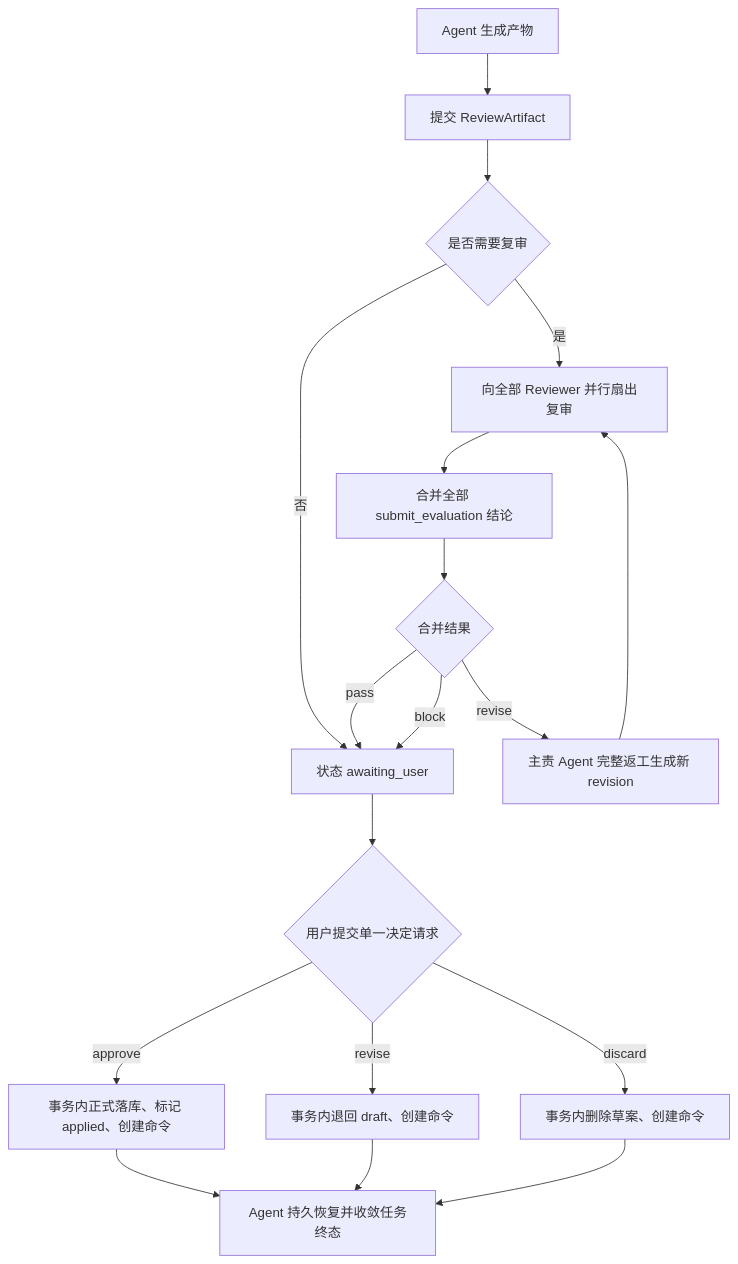
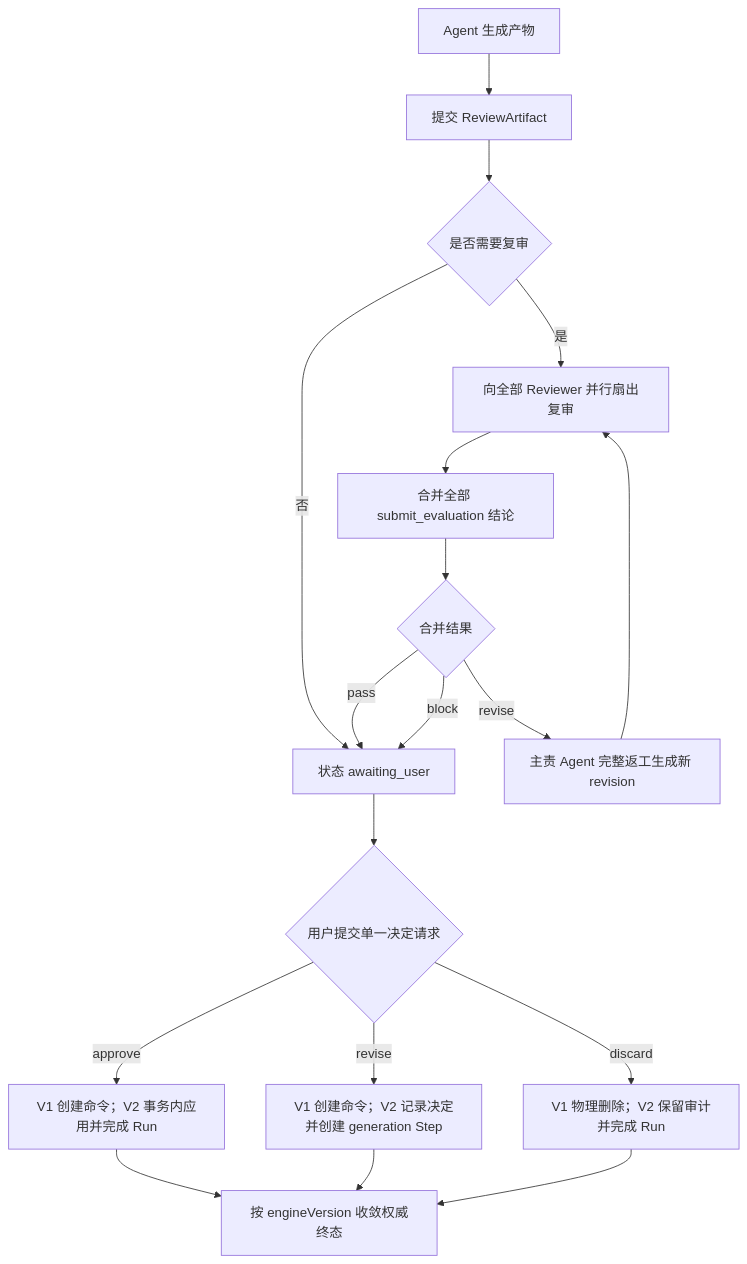
The second of 4 diagrams in docs/requirements/04-review-quality-and-workflow.md (chimeiwang/Smart-Novel-Gen-nie), drawn with Mermaid before and after one commit. The commit also changed other lines of this file and 393 other files, not shown here.

```diff
--- a/docs/requirements/04-review-quality-and-workflow.md
+++ b/docs/requirements/04-review-quality-and-workflow.md
@@ -130,20 +130,20 @@
 ~~~mermaid
 flowchart TD
     A["Agent 生成产物"] --> B["提交 ReviewArtifact"]
     B --> C{"是否需要复审"}
     C -->|"否"| D["状态 awaiting_user"]
     C -->|"是"| E["向全部 Reviewer 并行扇出复审"]
     E --> F["合并全部 submit_evaluation 结论"]
     F --> G{"合并结果"}
     G -->|"pass"| D
     G -->|"revise"| I["主责 Agent 完整返工生成新 revision"]
     I --> E
     G -->|"block"| D
     D --> J{"用户提交单一决定请求"}
-    J -->|"approve"| K["事务内正式落库、标记 applied、创建命令"]
-    J -->|"revise"| L["事务内退回 draft、创建命令"]
-    J -->|"discard"| M["事务内删除草案、创建命令"]
-    K --> N["Agent 持久恢复并收敛任务终态"]
+    J -->|"approve"| K["V1 创建命令；V2 事务内应用并完成 Run"]
+    J -->|"revise"| L["V1 创建命令；V2 记录决定并创建 generation Step"]
+    J -->|"discard"| M["V1 物理删除；V2 保留审计并完成 Run"]
+    K --> N["按 engineVersion 收敛权威终态"]
     L --> N
     M --> N
 ~~~
```
